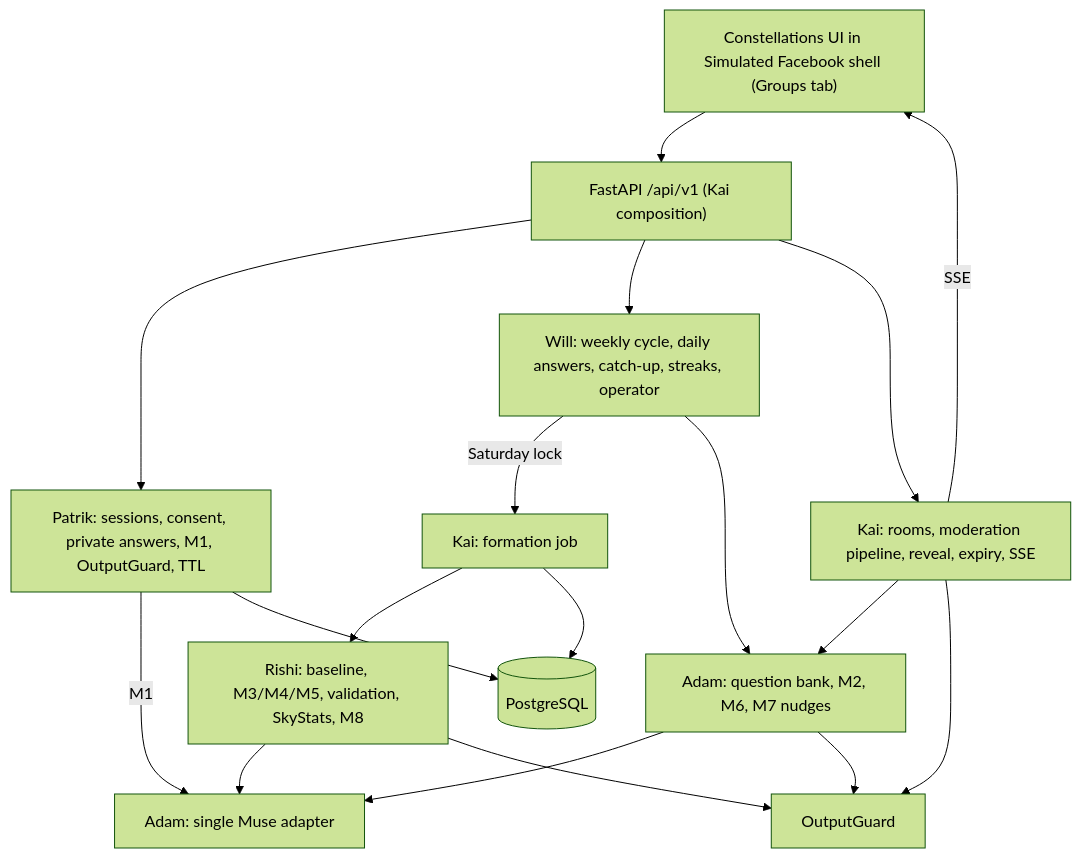
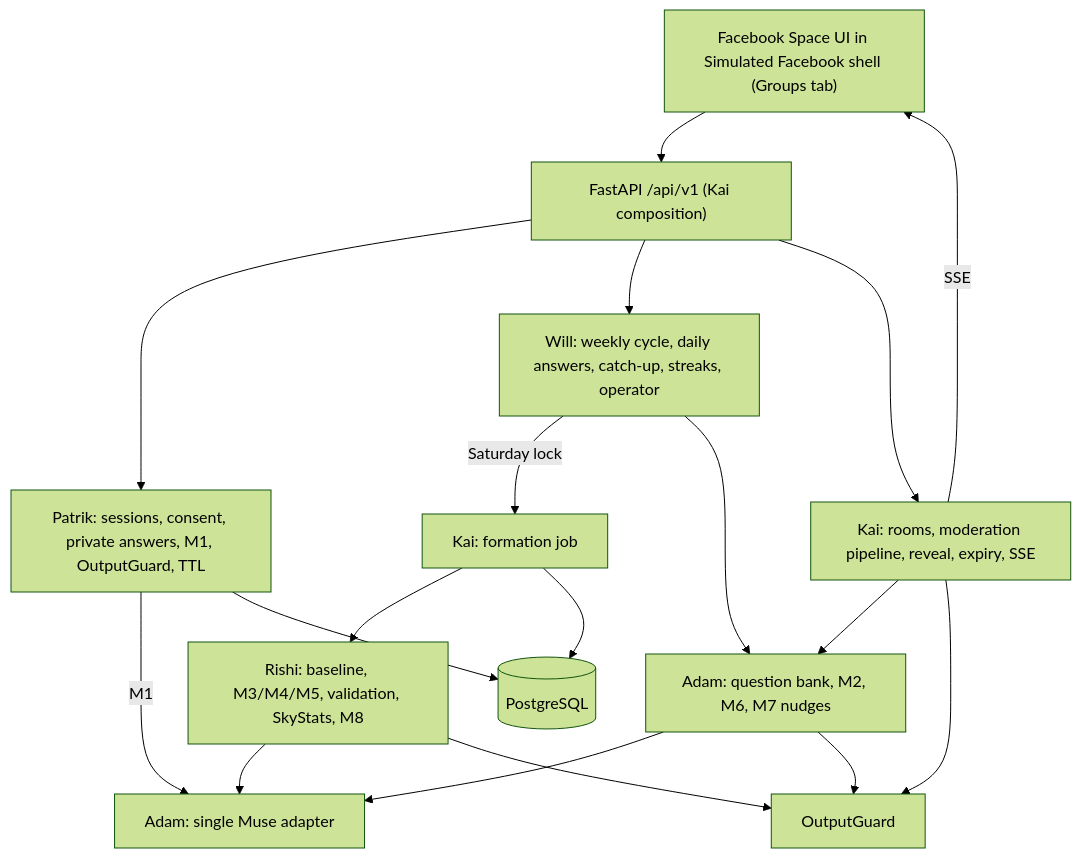
Before and after one commit to Meta-Hackathon-SF/Meta-Hackathon: the diagram in docs/ARCHITECTURE.md, drawn with Mermaid (forest theme). The commit also changed other lines of this file and 44 other files, not shown here.

First line of the commit message:
docs: rename product brand to Facebook Space (D011)

````diff
--- a/docs/ARCHITECTURE.md
+++ b/docs/ARCHITECTURE.md
@@ -4,20 +4,20 @@
 ```mermaid
 flowchart TD
-    UI["Constellations UI in Simulated Facebook shell (Groups tab)"] --> API["FastAPI /api/v1 (Kai composition)"]
+    UI["Facebook Space UI in Simulated Facebook shell (Groups tab)"] --> API["FastAPI /api/v1 (Kai composition)"]
     API --> PRIV["Patrik: sessions, consent, private answers, M1, OutputGuard, TTL"]
     API --> CYC["Will: weekly cycle, daily answers, catch-up, streaks, operator"]
     API --> CHAT["Kai: rooms, moderation pipeline, reveal, expiry, SSE"]
     CYC -->|"Saturday lock"| JOB["Kai: formation job"]
     JOB --> FORM["Rishi: baseline, M3/M4/M5, validation, SkyStats, M8"]
     FORM --> MUSE["Adam: single Muse adapter"]
     PRIV -->|M1| MUSE
     PLAN["Adam: question bank, M2, M6, M7 nudges"] --> MUSE
     CYC --> PLAN
     CHAT --> PLAN
     FORM --> GUARD["OutputGuard"]
     PLAN --> GUARD
     CHAT --> GUARD
     JOB --> DB[("PostgreSQL")]
     PRIV --> DB
     CHAT -->|SSE| UI
 ```
````
